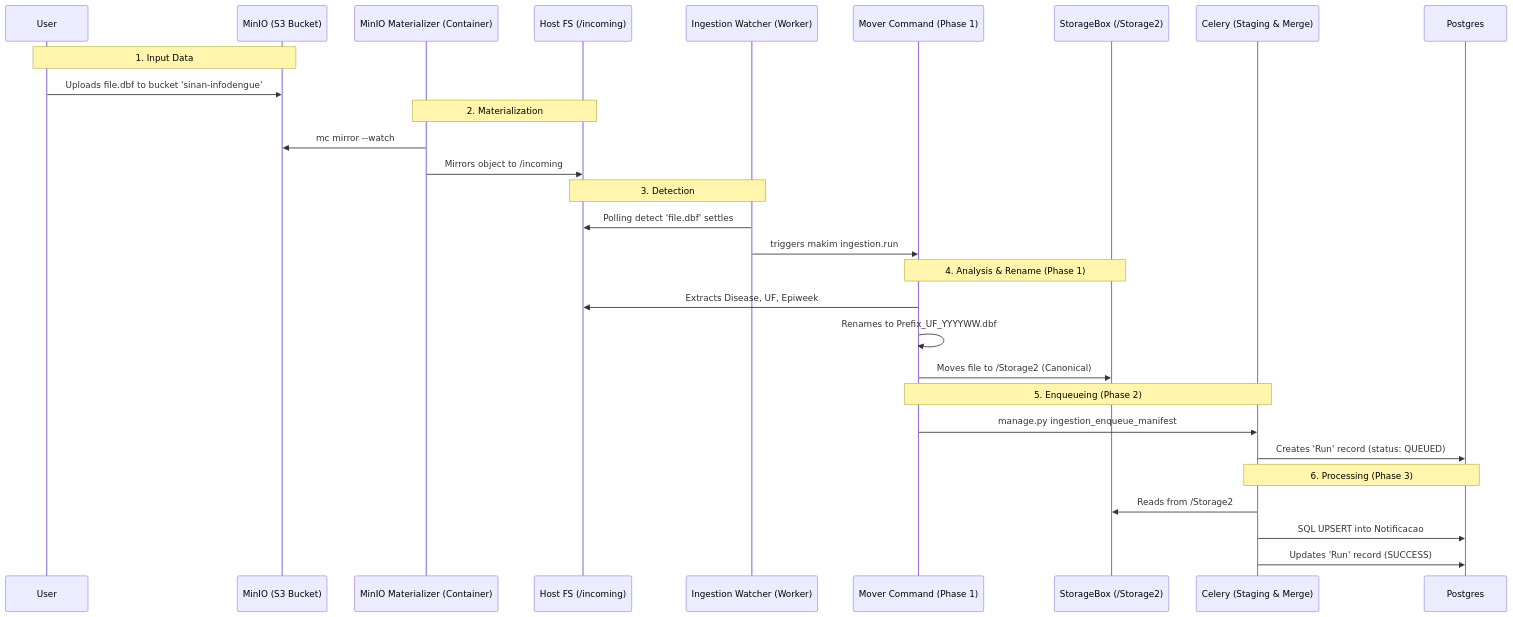
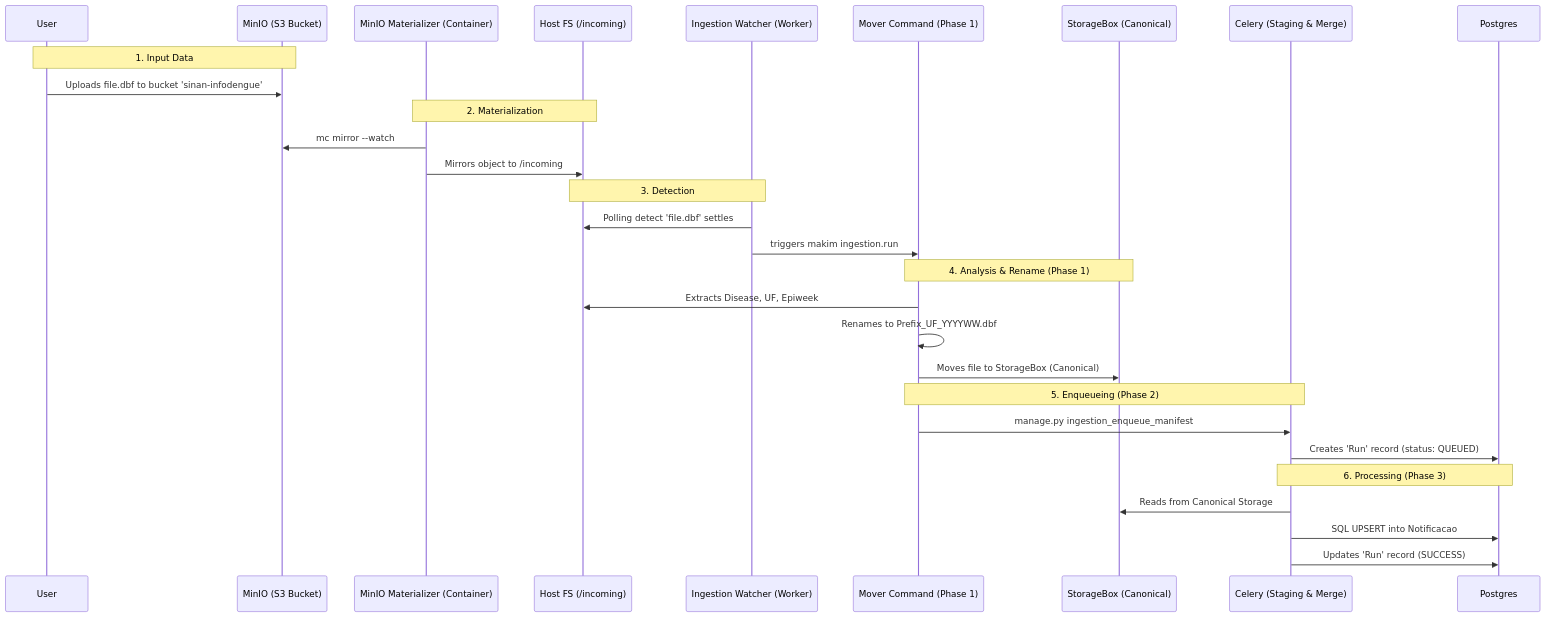
One commit to AlertaDengue/AlertaDengue changed the first of 2 diagrams in AlertaDengue/ingestion/README.md. Above: the diagram before and after it, drawn with Mermaid. The commit also changed other lines of this file and 1 other file, not shown here.

````diff
--- a/AlertaDengue/ingestion/README.md
+++ b/AlertaDengue/ingestion/README.md
@@ -18,37 +18,37 @@
 ```mermaid
 sequenceDiagram
     participant User
     participant MinIO as MinIO (S3 Bucket)
     participant Materializer as MinIO Materializer (Container)
     participant Host as Host FS (/incoming)
     participant Watcher as Ingestion Watcher (Worker)
     participant Mover as Mover Command (Phase 1)
-    participant StoragePath as StorageBox (/Storage2)
+    participant StoragePath as StorageBox (Canonical)
     participant Celery as Celery (Staging & Merge)
     participant DB as Postgres
 
     Note over User, MinIO: 1. Input Data
     User->>MinIO: Uploads file.dbf to bucket 'sinan-infodengue'
 
     Note over Materializer, Host: 2. Materialization
     Materializer->>MinIO: mc mirror --watch
     Materializer->>Host: Mirrors object to /incoming
 
     Note over Watcher, Host: 3. Detection
     Watcher->>Host: Polling detect 'file.dbf' settles
     Watcher->>Mover: triggers makim ingestion.run
 
     Note over Mover, StoragePath: 4. Analysis & Rename (Phase 1)
     Mover->>Host: Extracts Disease, UF, Epiweek
     Mover->>Mover: Renames to Prefix_UF_YYYYWW.dbf
-    Mover->>StoragePath: Moves file to /Storage2 (Canonical)
+    Mover->>StoragePath: Moves file to StorageBox (Canonical)
 
     Note over Mover, Celery: 5. Enqueueing (Phase 2)
     Mover->>Celery: manage.py ingestion_enqueue_manifest
     Celery->>DB: Creates 'Run' record (status: QUEUED)
 
     Note over Celery, DB: 6. Processing (Phase 3)
-    Celery->>StoragePath: Reads from /Storage2
+    Celery->>StoragePath: Reads from Canonical Storage
     Celery->>DB: SQL UPSERT into Notificacao
     Celery->>DB: Updates 'Run' record (SUCCESS)
 ```
````
